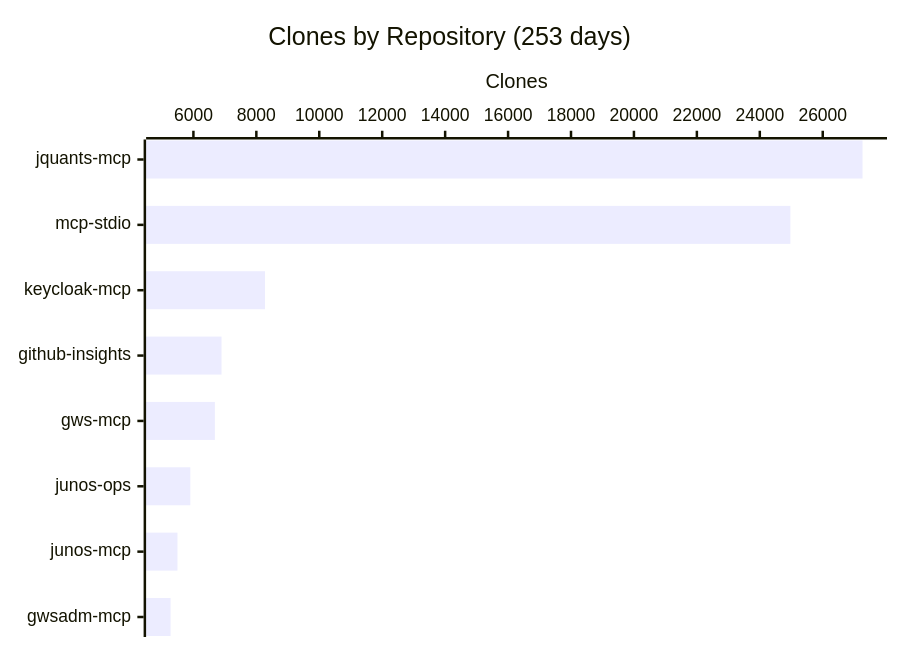
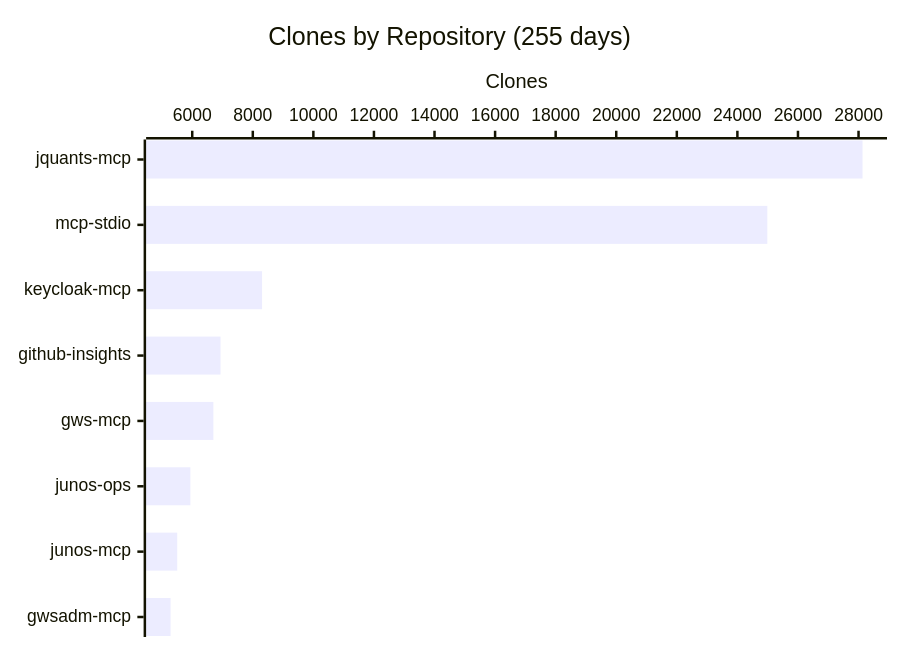
The fourth of 4 diagrams in README.md (shigechika/github-insights), drawn with Mermaid before and after one commit. The commit also changed other lines of this file and 1 other file, not shown here.

````diff
--- a/README.md
+++ b/README.md
@@ -58,7 +58,7 @@
 ```mermaid
 xychart-beta horizontal
-    title "Clones by Repository (253 days)"
+    title "Clones by Repository (255 days)"
     x-axis ["jquants-mcp", "mcp-stdio", "keycloak-mcp", "github-insights", "gws-mcp", "junos-ops", "junos-mcp", "gwsadm-mcp"]
     y-axis "Clones"
-    bar [27265, 24972, 8276, 6894, 6682, 5902, 5493, 5274]
+    bar [28132, 24989, 8307, 6934, 6699, 5939, 5505, 5285]
 ```
````
